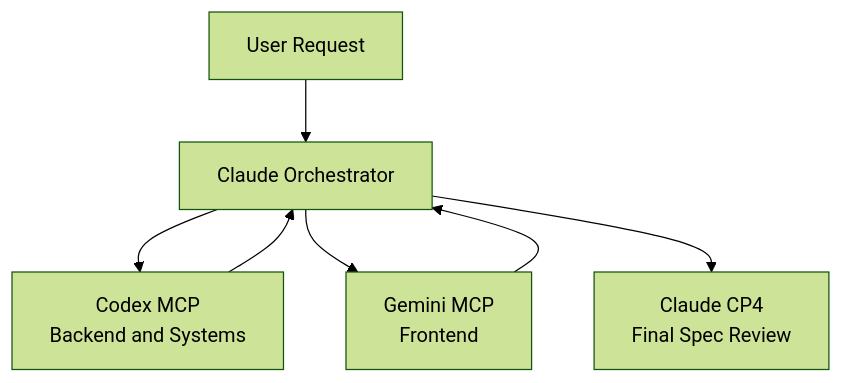
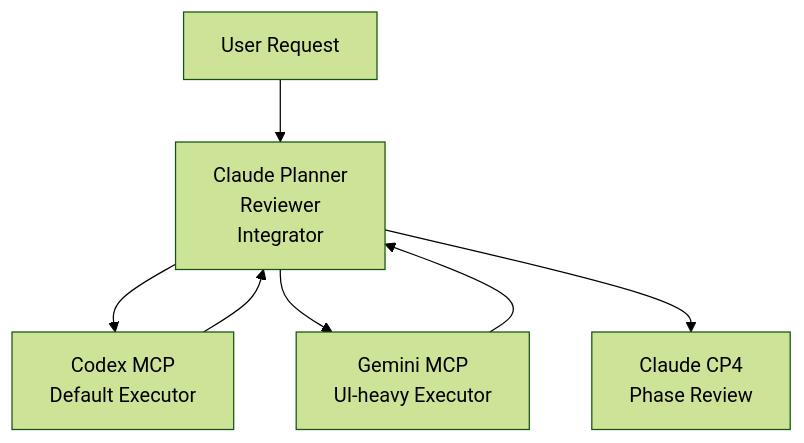
The first of 3 diagrams in plugin/docs/diagrams/ccg-workflow-architecture.md (sitien173/refract), drawn with Mermaid (forest theme) before and after one commit. The commit also changed other lines of this file and 50 other files, not shown here.

````diff
--- a/plugin/docs/diagrams/ccg-workflow-architecture.md
+++ b/plugin/docs/diagrams/ccg-workflow-architecture.md
@@ -8,15 +8,15 @@
 ```mermaid
 graph TB
     USER[User Request]
-    CLAUDE[Claude Orchestrator]
-    CODEX[Codex MCP<br/>Backend and Systems]
-    GEMINI[Gemini MCP<br/>Frontend]
-    CP4[Claude CP4<br/>Final Spec Review]
+    CLAUDE[Claude Planner<br/>Reviewer<br/>Integrator]
+    CODEX[Codex MCP<br/>Default Executor]
+    GEMINI[Gemini MCP<br/>UI-heavy Executor]
+    CP4[Claude CP4<br/>Phase Review]
 
     USER --> CLAUDE
     CLAUDE --> CODEX
     CLAUDE --> GEMINI
     CODEX --> CLAUDE
     GEMINI --> CLAUDE
     CLAUDE --> CP4
 ```
````
